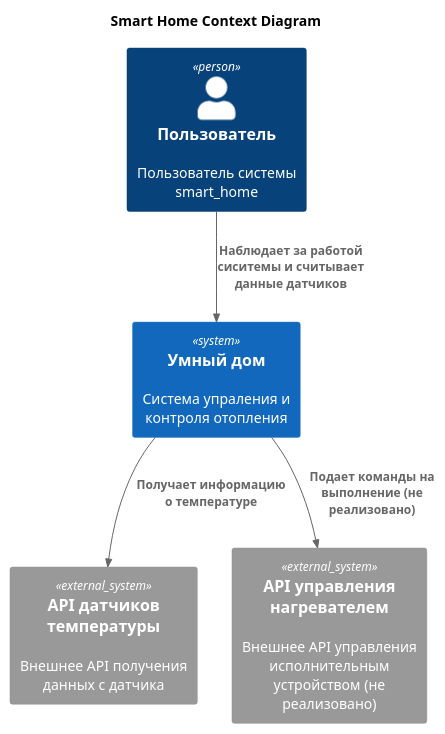
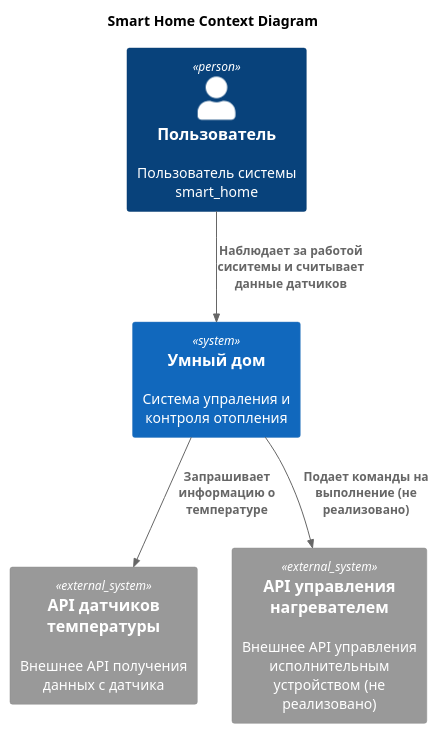
One commit to eNortman/arch-pro-warmhouse changed the diagram in schemas/contex.puml. Above: the diagram before and after it, drawn with PlantUML. The commit also changed 4 other files, not shown here.

```diff
--- a/schemas/contex.puml
+++ b/schemas/contex.puml
@@ -1,19 +1,19 @@
 @startuml
 title Smart Home Context Diagram
 
 top to bottom direction
 
 !includeurl https://raw.githubusercontent.com/RicardoNiepel/C4-PlantUML/master/C4_Component.puml
 
 Person(user, "Пользователь", "Пользователь системы smart_home")
 
 System(smarthome, "Умный дом", "Система упраления и контроля отопления")
 
 System_Ext(api_temp, "API датчиков температуры", "Внешнее API получения данных с датчика")
 System_Ext(api_warm, "API управления нагревателем", "Внешнее API управления исполнительным устройством (не реализовано)")
 
 Rel(user, smarthome, "Наблюдает за работой сиситемы и считывает данные датчиков")
-Rel(smarthome,api_temp,"Получает информацию о температуре")
+Rel(smarthome,api_temp,"Запрашивает информацию о температуре")
 Rel(smarthome,api_warm,"Подает команды на выполнение (не реализовано)")
 
 @enduml
```
